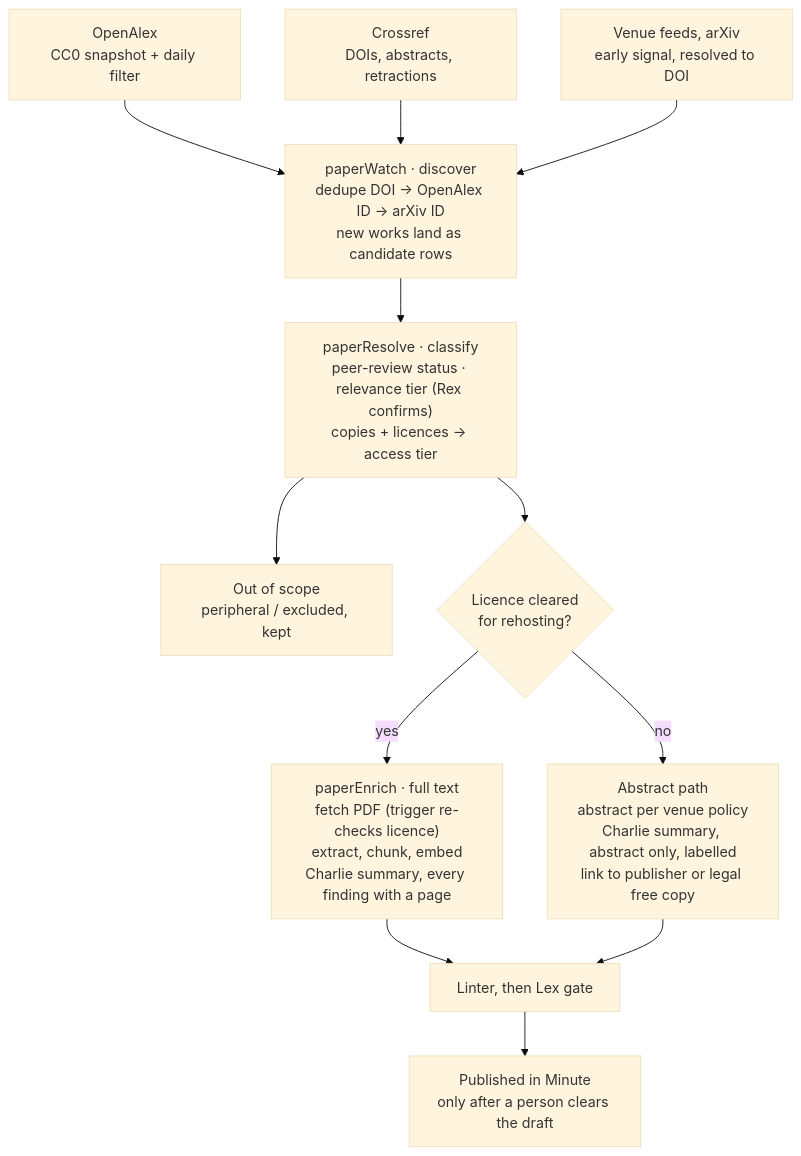
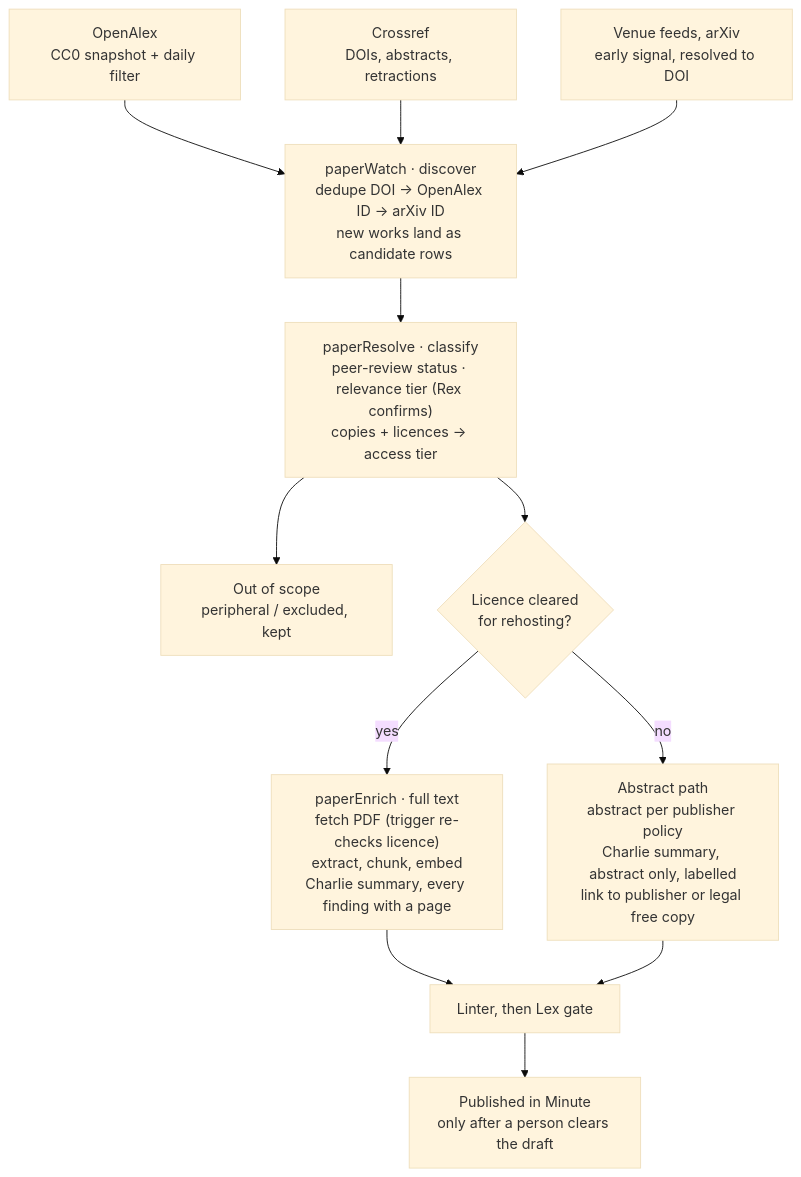
The diagram in docs/features/client-app/library-papers-spec.md (avunculargroup/business-mono), drawn with Mermaid (base theme) before and after one commit. The commit also changed other lines of this file and 1 other file, not shown here.

First line of the commit message:
docs(library-papers): adopt the abstract policy

````diff
--- a/docs/features/client-app/library-papers-spec.md
+++ b/docs/features/client-app/library-papers-spec.md
@@ -313,14 +337,14 @@
 ```mermaid
 flowchart TD
   OA["OpenAlex<br/>CC0 snapshot + daily filter"] --> W
   CR["Crossref<br/>DOIs, abstracts, retractions"] --> W
   VF["Venue feeds, arXiv<br/>early signal, resolved to DOI"] --> W
   W["paperWatch · discover<br/>dedupe DOI → OpenAlex ID → arXiv ID<br/>new works land as candidate rows"] --> R
   R["paperResolve · classify<br/>peer-review status · relevance tier (Rex confirms)<br/>copies + licences → access tier"] --> X["Out of scope<br/>peripheral / excluded, kept"]
   R --> D{"Licence cleared<br/>for rehosting?"}
   D -- yes --> E["paperEnrich · full text<br/>fetch PDF (trigger re-checks licence)<br/>extract, chunk, embed<br/>Charlie summary, every finding with a page"]
-  D -- no --> A["Abstract path<br/>abstract per venue policy<br/>Charlie summary, abstract only, labelled<br/>link to publisher or legal free copy"]
+  D -- no --> A["Abstract path<br/>abstract per publisher policy<br/>Charlie summary, abstract only, labelled<br/>link to publisher or legal free copy"]
   E --> G["Linter, then Lex gate"]
   A --> G
   G --> P["Published in Minute<br/>only after a person clears the draft"]
 ```
````
